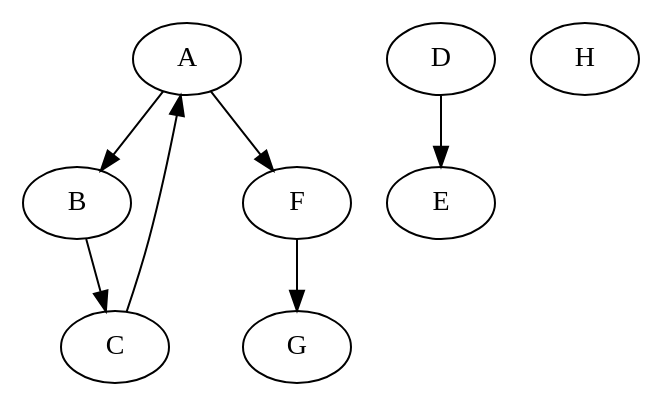
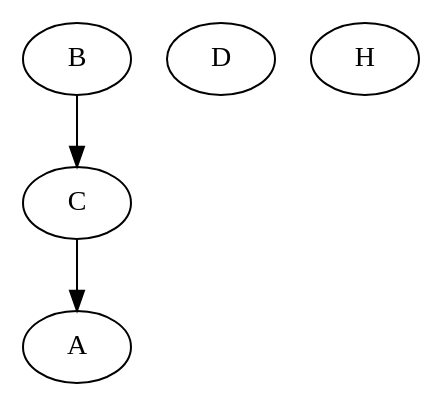
The diagram in src/main/resources/output.dot (coleeastman/Graph-Explorer), drawn with Graphviz before and after one commit. The commit also changed 6 other files, not shown here.

```diff
--- a/src/main/resources/output.dot
+++ b/src/main/resources/output.dot
@@ -1,16 +1,9 @@
 digraph G {
   A;
   B;
   C;
   D;
-  E;
-  F;
-  G;
   H;
-  A -> B;
   B -> C;
   C -> A;
-  D -> E;
-  A -> F;
-  F -> G;
 }
```
